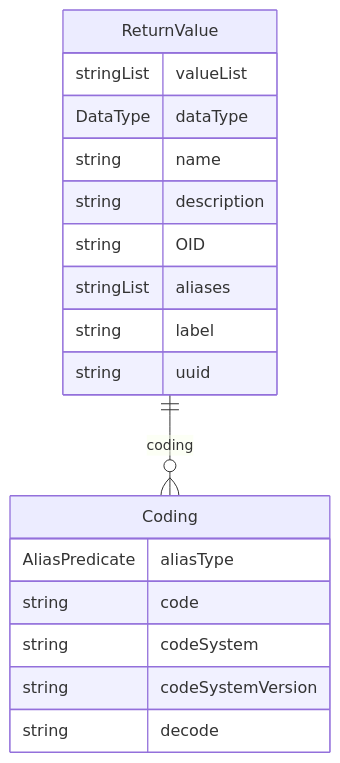
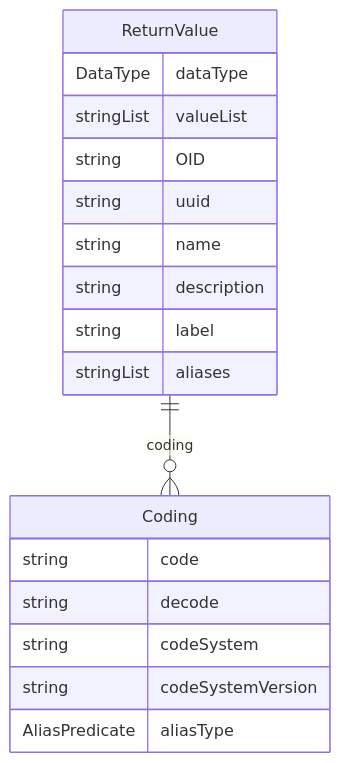
The diagram in docs/classes/ReturnValue.md (cdisc-org/DataExchange-DDS), drawn with Mermaid before and after one commit. The commit also changed other lines of this file and 313 other files, not shown here.

````diff
--- a/docs/classes/ReturnValue.md
+++ b/docs/classes/ReturnValue.md
@@ -20,23 +15,23 @@
 ```mermaid
 erDiagram
+ReturnValue {
+    DataType dataType  
+    stringList valueList  
+    string OID  
+    string uuid  
+    string name  
+    string description  
+    string label  
+    stringList aliases  
+}
 Coding {
-    AliasPredicate aliasType  
     string code  
+    string decode  
     string codeSystem  
     string codeSystemVersion  
-    string decode  
-}
-ReturnValue {
-    stringList valueList  
-    DataType dataType  
-    string name  
-    string description  
-    string OID  
-    stringList aliases  
-    string label  
-    string uuid  
+    AliasPredicate aliasType  
 }
 
 ReturnValue ||--}o Coding : "coding"
 
 ```
````
